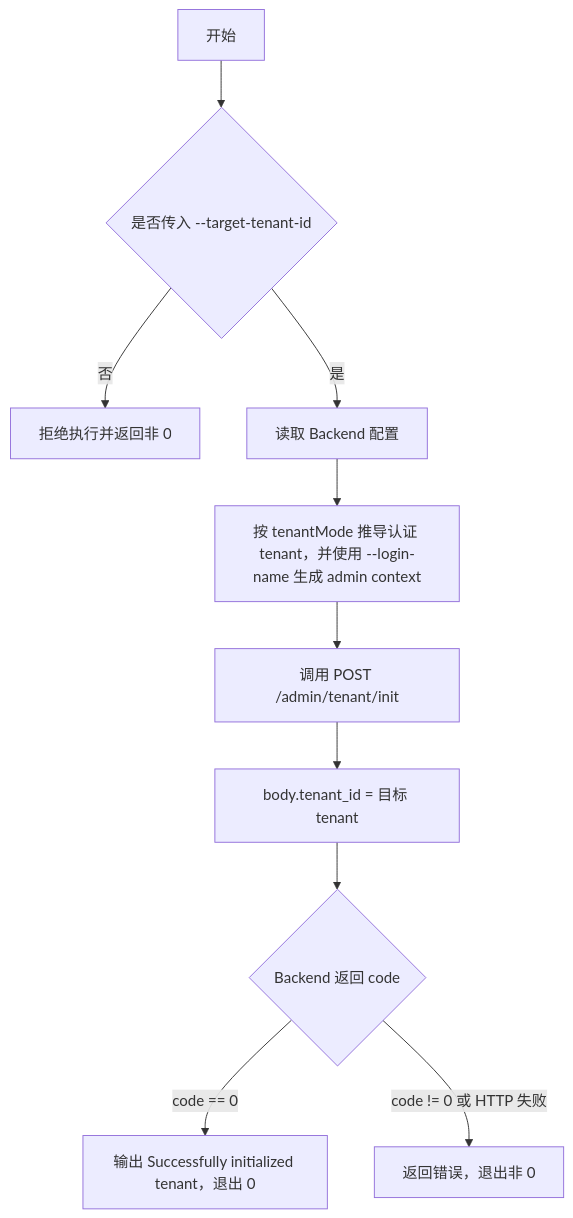
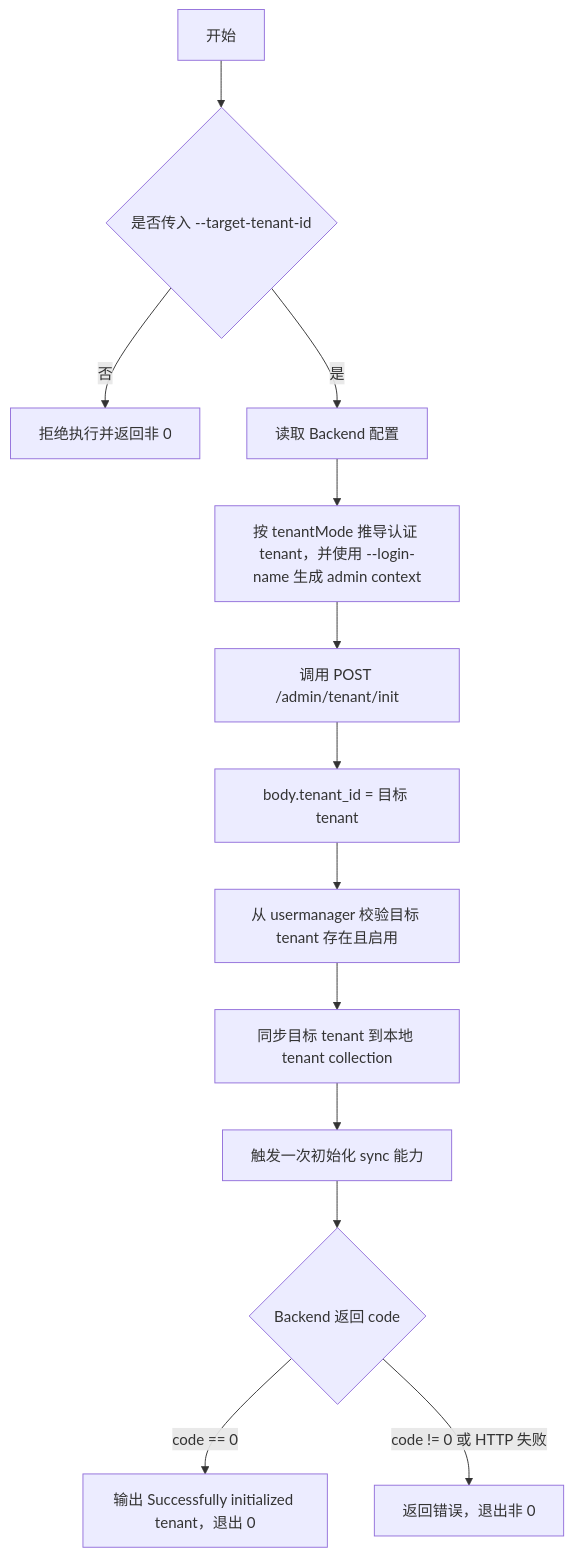
The first of 2 diagrams in script_tools/ops/README.md (TencentBlueKing/bk-nodemgr), drawn with Mermaid before and after one commit. The commit also changed other lines of this file and 11 other files, not shown here.

````diff
--- a/script_tools/ops/README.md
+++ b/script_tools/ops/README.md
@@ -35,12 +37,15 @@
 ```mermaid
 flowchart TD
     Start[开始] --> Target{是否传入 --target-tenant-id}
     Target -->|否| Reject[拒绝执行并返回非 0]
     Target -->|是| Config[读取 Backend 配置]
     Config --> Auth[按 tenantMode 推导认证 tenant，并使用 --login-name 生成 admin context]
     Auth --> API[调用 POST /admin/tenant/init]
     API --> Body[body.tenant_id = 目标 tenant]
-    Body --> Result{Backend 返回 code}
+    Body --> UserManager[从 usermanager 校验目标 tenant 存在且启用]
+    UserManager --> Storage[同步目标 tenant 到本地 tenant collection]
+    Storage --> Sync[触发一次初始化 sync 能力]
+    Sync --> Result{Backend 返回 code}
     Result -->|code == 0| Success[输出 Successfully initialized tenant，退出 0]
     Result -->|code != 0 或 HTTP 失败| Failed[返回错误，退出非 0]
 ```
````
